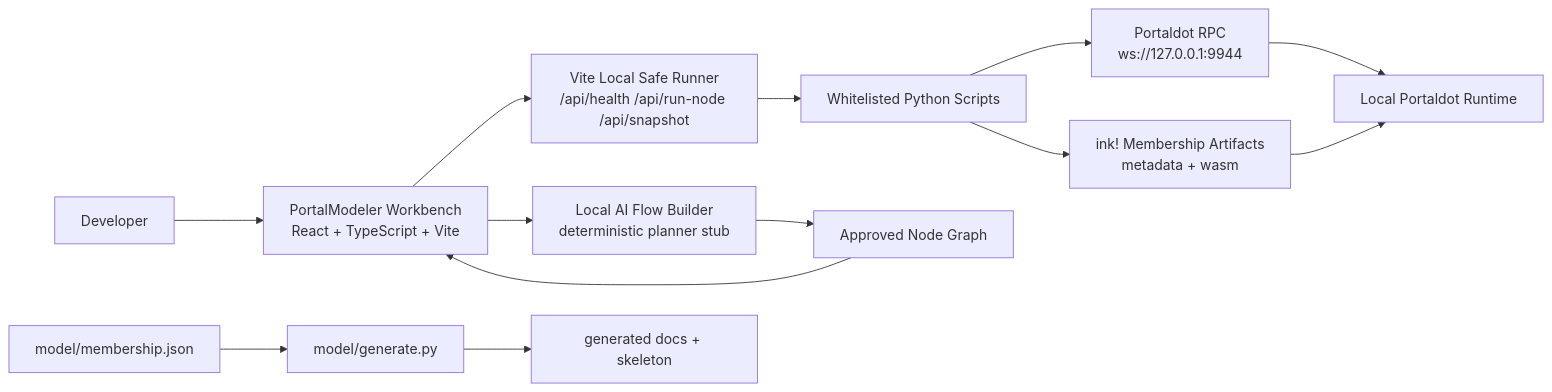
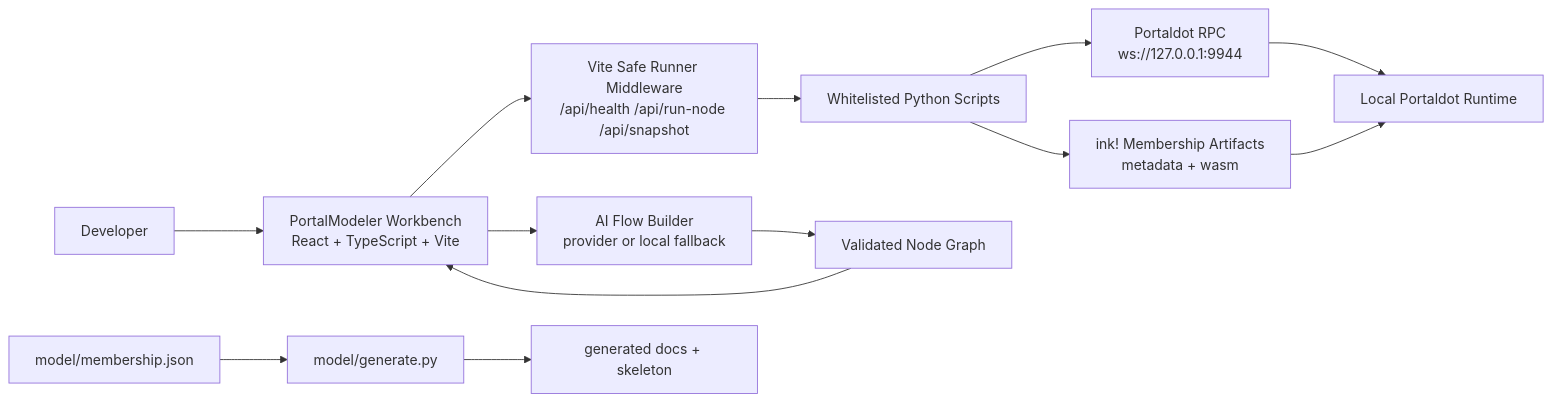
Before and after one commit to DanhCaTuanNgoc/portaldot-hackathon-2026-PortalModeler-Tuanngoc: the first of 3 diagrams in README.md, drawn with Mermaid. The commit also changed other lines of this file and 18 other files, not shown here.

````diff
--- a/README.md
+++ b/README.md
@@ -56,18 +105,18 @@
 ```mermaid
 flowchart LR
   User[Developer] --> UI[PortalModeler Workbench<br/>React + TypeScript + Vite]
-  UI --> Runner[Vite Local Safe Runner<br/>/api/health /api/run-node /api/snapshot]
+  UI --> Runner[Vite Safe Runner Middleware<br/>/api/health /api/run-node /api/snapshot]
   Runner --> Scripts[Whitelisted Python Scripts]
   Scripts --> RPC[Portaldot RPC<br/>ws://127.0.0.1:9944]
   RPC --> Chain[Local Portaldot Runtime]
 
-  UI --> Planner[Local AI Flow Builder<br/>deterministic planner stub]
-  Planner --> Graph[Approved Node Graph]
+  UI --> Planner[AI Flow Builder<br/>provider or local fallback]
+  Planner --> Graph[Validated Node Graph]
   Graph --> UI
 
   Model[model/membership.json] --> Generator[model/generate.py]
   Generator --> Generated[generated docs + skeleton]
 
   Scripts --> Contract[ink! Membership Artifacts<br/>metadata + wasm]
   Contract --> Chain
 ```
````
